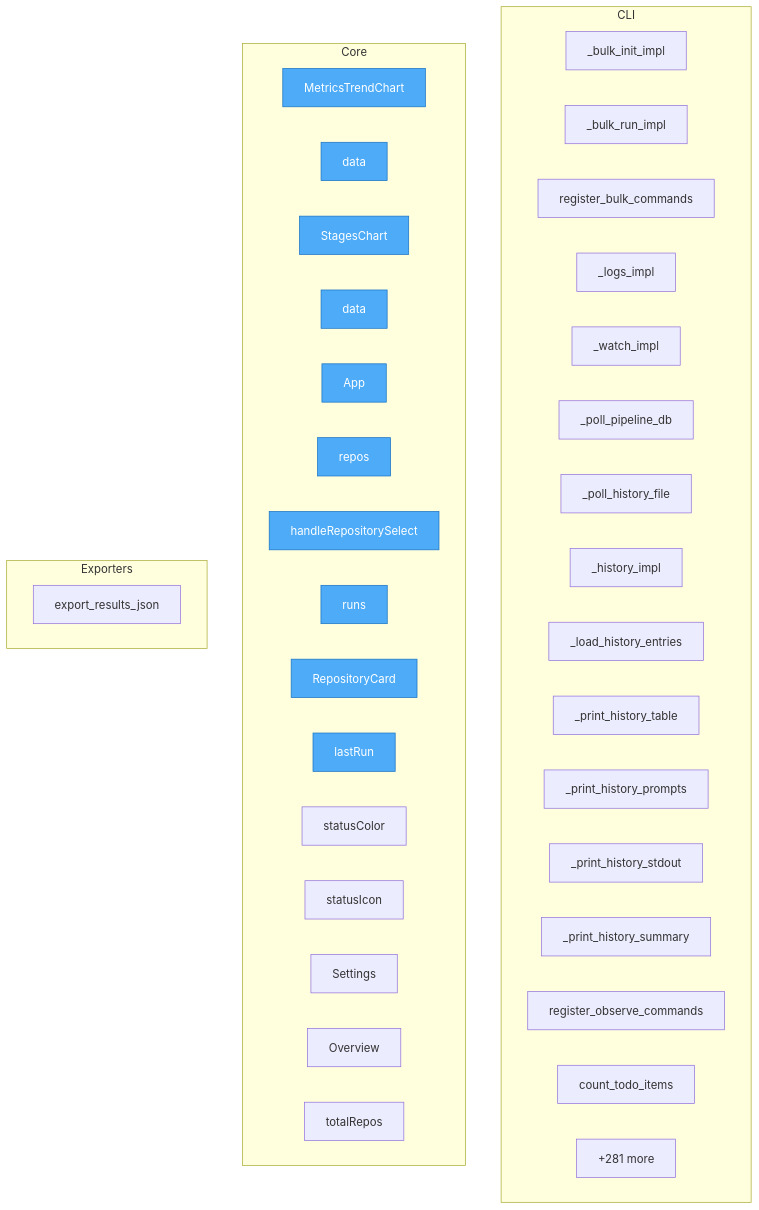
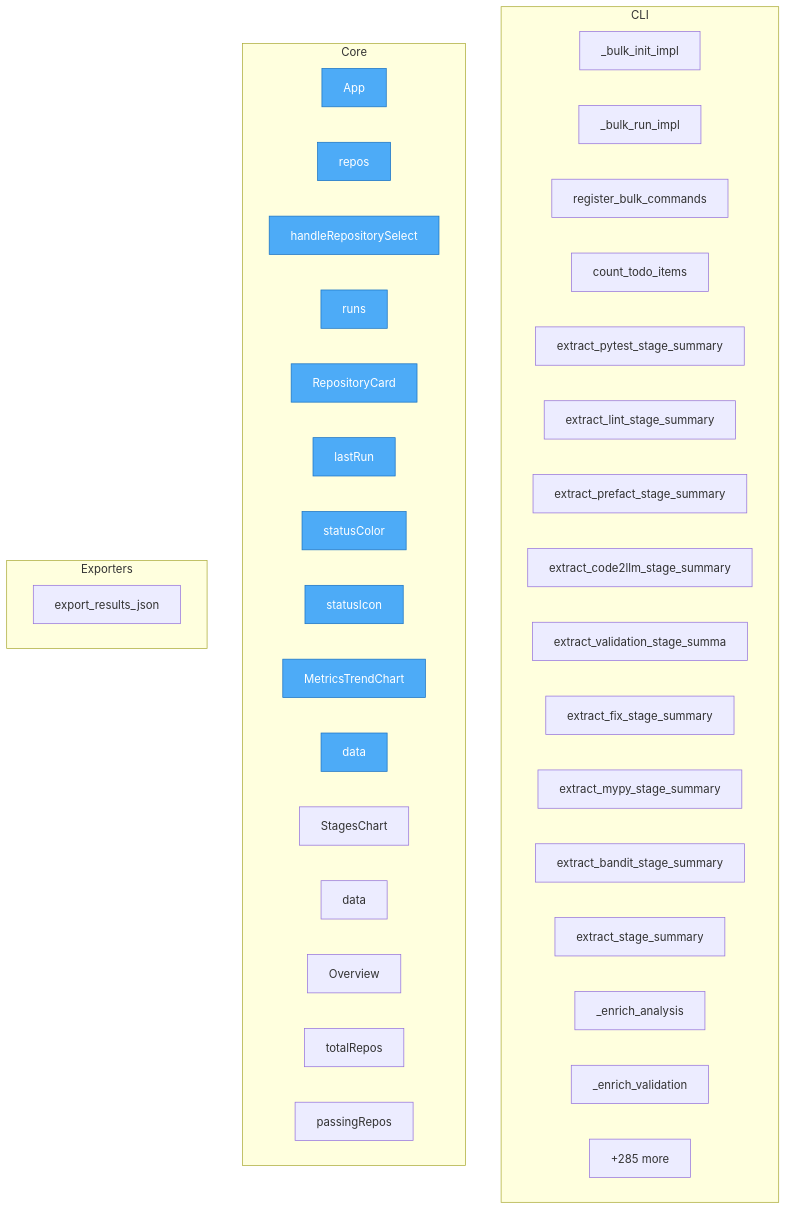
The diagram in project/flow.mmd (semcod/pyqual), drawn with Mermaid before and after one commit. The commit also changed 12 other files, not shown here.

```diff
--- a/project/flow.mmd
+++ b/project/flow.mmd
@@ -1,48 +1,48 @@
 flowchart TD
 
     %% Entry points (blue)
     classDef entry fill:#4dabf7,stroke:#1971c2,color:#fff
 
     subgraph CLI
         pyqual__cli_bulk_cmds___bulk_init_impl["_bulk_init_impl"]
         pyqual__cli_bulk_cmds___bulk_run_impl["_bulk_run_impl"]
         pyqual__cli_bulk_cmds__register_bulk_commands["register_bulk_commands"]
-        pyqual__cli_observe___logs_impl["_logs_impl"]
-        pyqual__cli_observe___watch_impl["_watch_impl"]
-        pyqual__cli_observe___poll_pipeline_db["_poll_pipeline_db"]
-        pyqual__cli_observe___poll_history_file["_poll_history_file"]
-        pyqual__cli_observe___history_impl["_history_impl"]
-        pyqual__cli_observe___load_history_entries["_load_history_entries"]
-        pyqual__cli_observe___print_history_table["_print_history_table"]
-        pyqual__cli_observe___print_history_prompts["_print_history_prompts"]
-        pyqual__cli_observe___print_history_stdout["_print_history_stdout"]
-        pyqual__cli_observe___print_history_summary["_print_history_summary"]
-        pyqual__cli_observe__register_observe_commands["register_observe_commands"]
         pyqual__cli_run_helpers__count_todo_items["count_todo_items"]
+        pyqual__cli_run_helpers__extract_pytest_stage_summary["extract_pytest_stage_summary"]
+        pyqual__cli_run_helpers__extract_lint_stage_summary["extract_lint_stage_summary"]
+        pyqual__cli_run_helpers__extract_prefact_stage_summary["extract_prefact_stage_summary"]
+        pyqual__cli_run_helpers__extract_code2llm_stage_summary["extract_code2llm_stage_summary"]
+        pyqual__cli_run_helpers__extract_validation_stage_summary["extract_validation_stage_summa"]
+        pyqual__cli_run_helpers__extract_fix_stage_summary["extract_fix_stage_summary"]
+        pyqual__cli_run_helpers__extract_mypy_stage_summary["extract_mypy_stage_summary"]
+        pyqual__cli_run_helpers__extract_bandit_stage_summary["extract_bandit_stage_summary"]
+        pyqual__cli_run_helpers__extract_stage_summary["extract_stage_summary"]
+        pyqual__cli_run_helpers___enrich_analysis["_enrich_analysis"]
+        pyqual__cli_run_helpers___enrich_validation["_enrich_validation"]
         ...["+57 more"]
     end
 
     subgraph Core
-        dashboard__src__components__MetricsTrendChart__MetricsTrendChart["MetricsTrendChart"]
-        dashboard__src__components__MetricsTrendChart__data["data"]
-        dashboard__src__components__StagesChart__StagesChart["StagesChart"]
-        dashboard__src__components__StagesChart__data["data"]
         dashboard__src__App__App["App"]
         dashboard__src__App__repos["repos"]
         dashboard__src__App__handleRepositorySelect["handleRepositorySelect"]
         dashboard__src__App__runs["runs"]
         dashboard__src__App__RepositoryCard["RepositoryCard"]
         dashboard__src__App__lastRun["lastRun"]
         dashboard__src__App__statusColor["statusColor"]
         dashboard__src__App__statusIcon["statusIcon"]
-        dashboard__src__components__Settings__Settings["Settings"]
+        dashboard__src__components__MetricsTrendChart__MetricsTrendChart["MetricsTrendChart"]
+        dashboard__src__components__MetricsTrendChart__data["data"]
+        dashboard__src__components__StagesChart__StagesChart["StagesChart"]
+        dashboard__src__components__StagesChart__data["data"]
         dashboard__src__components__Overview__Overview["Overview"]
         dashboard__src__components__Overview__totalRepos["totalRepos"]
-        ...["+281 more"]
+        dashboard__src__components__Overview__passingRepos["passingRepos"]
+        ...["+285 more"]
     end
 
     subgraph Exporters
         pyqual__api__export_results_json["export_results_json"]
     end
 
-    class dashboard__src__components__MetricsTrendChart__MetricsTrendChart,dashboard__src__components__MetricsTrendChart__data,dashboard__src__components__StagesChart__StagesChart,dashboard__src__components__StagesChart__data,dashboard__src__App__App,dashboard__src__App__repos,dashboard__src__App__handleRepositorySelect,dashboard__src__App__runs,dashboard__src__App__RepositoryCard,dashboard__src__App__lastRun entry
+    class dashboard__src__App__App,dashboard__src__App__repos,dashboard__src__App__handleRepositorySelect,dashboard__src__App__runs,dashboard__src__App__RepositoryCard,dashboard__src__App__lastRun,dashboard__src__App__statusColor,dashboard__src__App__statusIcon,dashboard__src__components__MetricsTrendChart__MetricsTrendChart,dashboard__src__components__MetricsTrendChart__data entry
```
